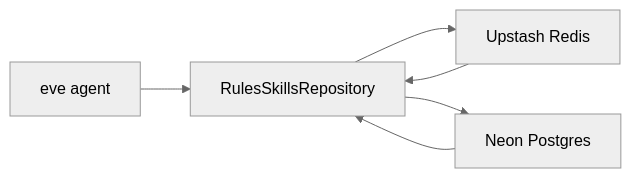
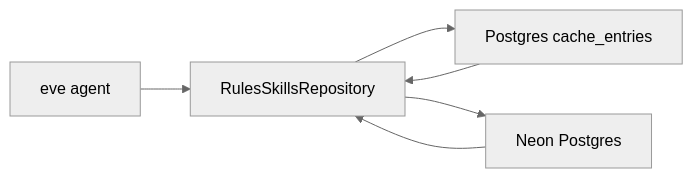
One commit to GorobVictor/slack-ai-agent-eve changed the diagram in proto/features/1-2026-06-26-storage-rules-skills.md. Above: the diagram before and after it, drawn with Mermaid (neutral theme). The commit also changed other lines of this file and 3 other files, not shown here.

First line of the commit message:
ref: document Postgres-backed storage cache

````diff
--- a/proto/features/1-2026-06-26-storage-rules-skills.md
+++ b/proto/features/1-2026-06-26-storage-rules-skills.md
@@ -11,8 +11,8 @@
 ```mermaid
 flowchart LR
   EveAgent[eve agent] --> Repository[RulesSkillsRepository]
-  Repository --> Redis[Upstash Redis]
+  Repository --> CacheEntries[Postgres cache_entries]
   Repository --> Neon[Neon Postgres]
-  Redis --> Repository
+  CacheEntries --> Repository
   Neon --> Repository
 ```
````
